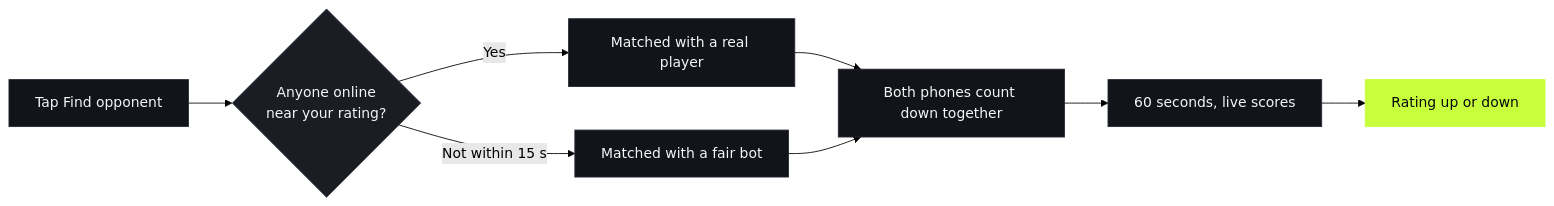
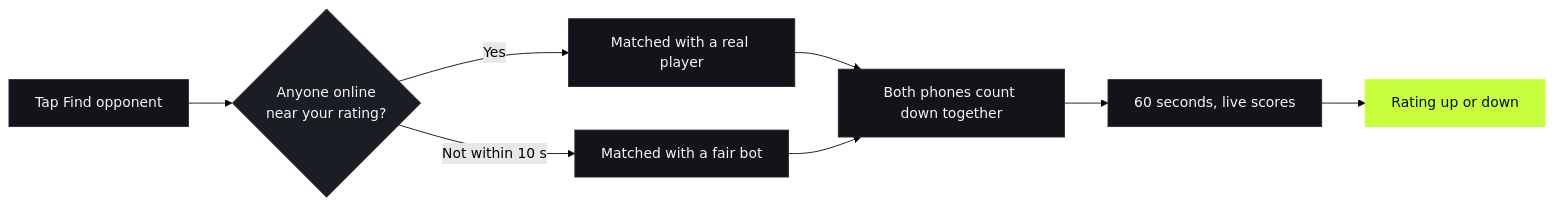
The second of 2 diagrams in README.md (F0rger123/weightrank), drawn with Mermaid (forest theme) before and after one commit. The commit also changed 13 other files, not shown here.

````diff
--- a/README.md
+++ b/README.md
@@ -66,16 +66,16 @@
 ```mermaid
 flowchart LR
   A["Tap Find opponent"] --> B{"Anyone online<br/>near your rating?"}
   B -- "Yes" --> C["Matched with a real player"]
-  B -- "Not within 15 s" --> D["Matched with a fair bot"]
+  B -- "Not within 10 s" --> D["Matched with a fair bot"]
   C --> E["Both phones count down together"]
   D --> E
   E --> F["60 seconds, live scores"]
   F --> G["Rating up or down"]
   classDef base fill:#121419,color:#F4F6F8,stroke:#252A33
   classDef ask fill:#1A1D24,color:#F4F6F8,stroke:#252A33
   classDef good fill:#C8FF3D,color:#07080A,stroke:#C8FF3D
   class A,C,D,E,F base
   class B ask
   class G good
 ```
````
